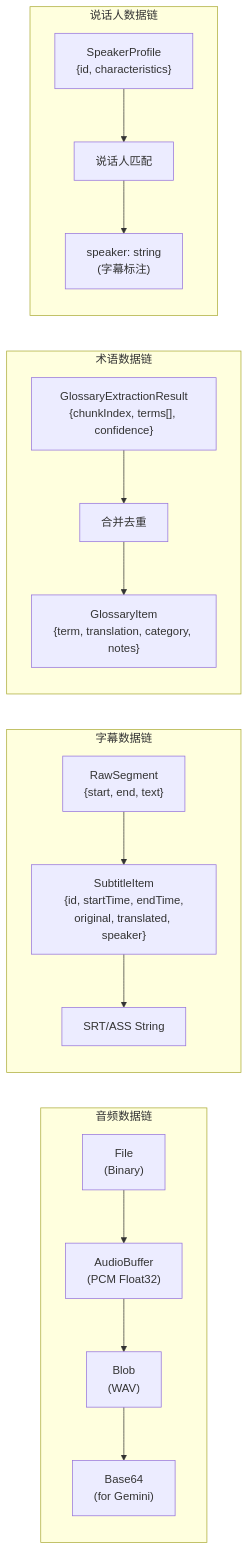
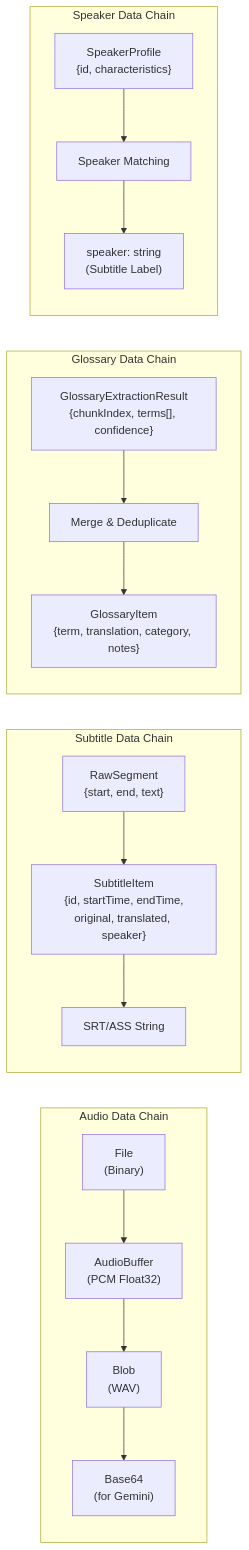
Diagram 12 of 14 in docs/ARCHITECTURE.md (corvo007/MioSub), drawn with Mermaid before and after one commit. The commit also changed other lines of this file and 3 other files, not shown here.

First line of the commit message:
docs: add bilingual README and ARCHITECTURE documentation

````diff
--- a/docs/ARCHITECTURE.md
+++ b/docs/ARCHITECTURE.md
@@ -1007,26 +1010,26 @@
 ```mermaid
 flowchart LR
-    subgraph AUDIO_CHAIN["音频数据链"]
+    subgraph AUDIO_CHAIN["Audio Data Chain"]
         FILE2["File<br/>(Binary)"] --> AB["AudioBuffer<br/>(PCM Float32)"]
         AB --> WAV["Blob<br/>(WAV)"]
         WAV --> B64["Base64<br/>(for Gemini)"]
     end
 
-    subgraph SUBTITLE_CHAIN["字幕数据链"]
+    subgraph SUBTITLE_CHAIN["Subtitle Data Chain"]
         RAW["RawSegment<br/>{start, end, text}"]
         --> ITEM["SubtitleItem<br/>{id, startTime, endTime,<br/>original, translated, speaker}"]
         --> EXPORT["SRT/ASS String"]
     end
 
-    subgraph GLOSSARY_CHAIN["术语数据链"]
+    subgraph GLOSSARY_CHAIN["Glossary Data Chain"]
         EXTRACT["GlossaryExtractionResult<br/>{chunkIndex, terms[], confidence}"]
-        --> MERGE2["合并去重"]
+        --> MERGE2["Merge & Deduplicate"]
         --> ITEM2["GlossaryItem<br/>{term, translation, category, notes}"]
     end
 
-    subgraph SPEAKER_CHAIN["说话人数据链"]
+    subgraph SPEAKER_CHAIN["Speaker Data Chain"]
         PROFILE["SpeakerProfile<br/>{id, characteristics}"]
-        --> MATCH["说话人匹配"]
-        --> SPEAKER_ID["speaker: string<br/>(字幕标注)"]
+        --> MATCH["Speaker Matching"]
+        --> SPEAKER_ID["speaker: string<br/>(Subtitle Label)"]
     end
 ```
````
